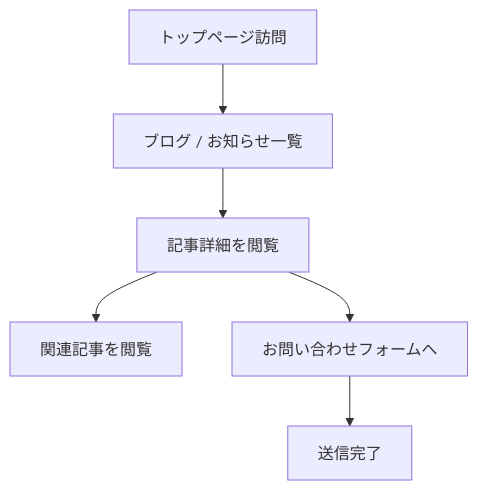
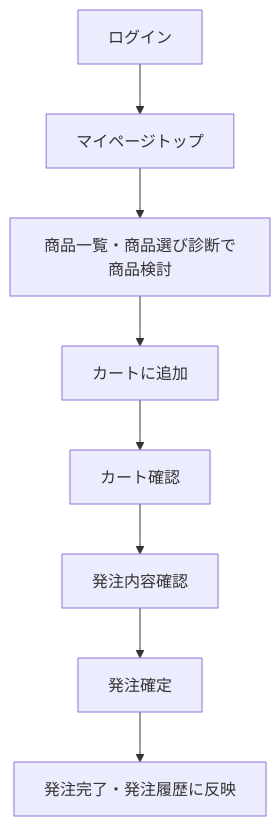
The second of 4 diagrams in docs/2-product/04-ui-ux-design.md (team-natural/business-pet-kampo), drawn with Mermaid before and after one commit. The commit also changed other lines of this file and 22 other files, not shown here.

````diff
--- a/docs/2-product/04-ui-ux-design.md
+++ b/docs/2-product/04-ui-ux-design.md
@@ -76,8 +72,10 @@
 ```mermaid
 flowchart TD
-    A[トップページ訪問] --> B[ブログ / お知らせ一覧]
-    B --> C[記事詳細を閲覧]
-    C --> D[関連記事を閲覧]
-    C --> E[お問い合わせフォームへ]
-    E --> F[送信完了]
+    A[ログイン] --> B[マイページトップ]
+    B --> C[商品一覧・商品選び診断で商品検討]
+    C --> D[カートに追加]
+    D --> E[カート確認]
+    E --> F[発注内容確認]
+    F --> G[発注確定]
+    G --> H[発注完了・発注履歴に反映]
 ```
````
